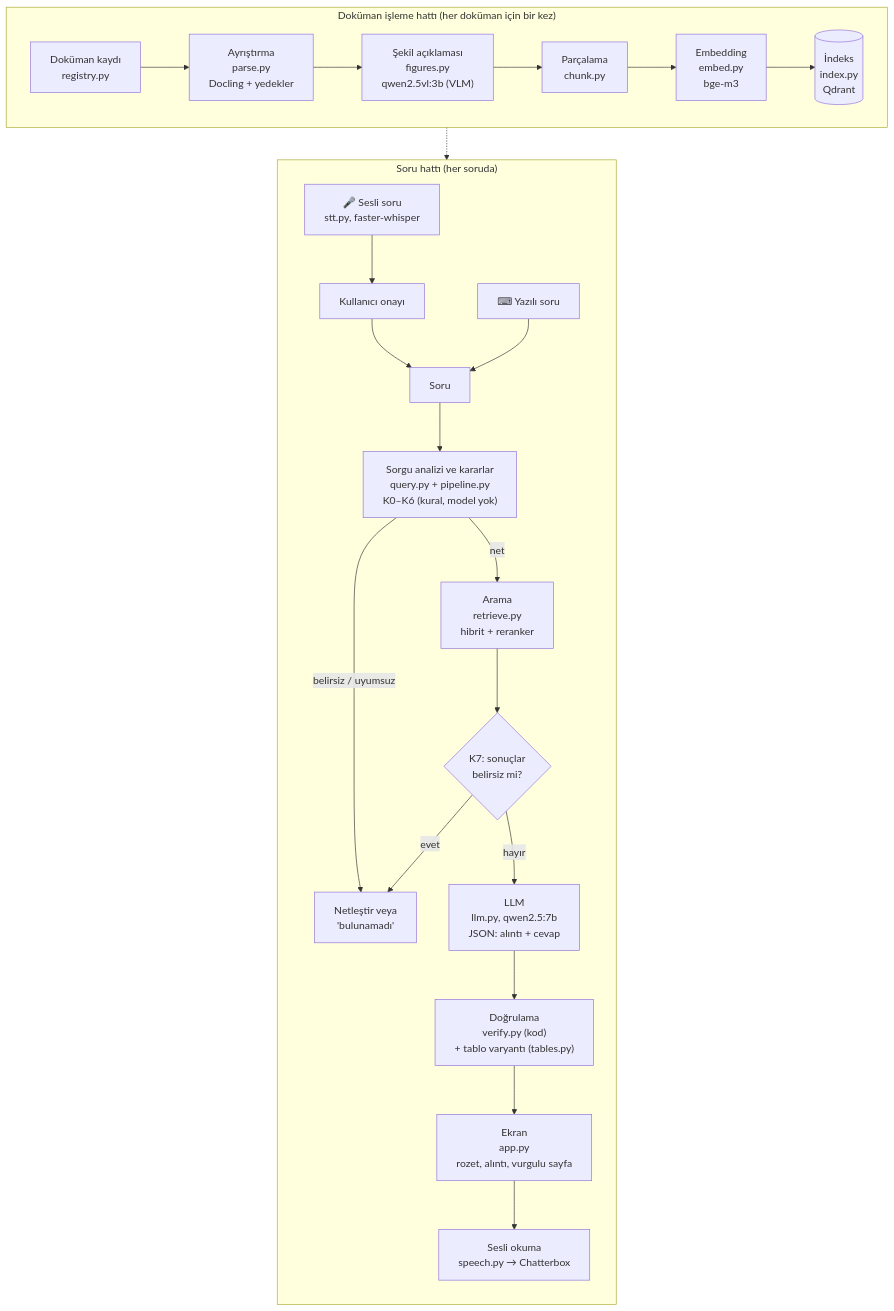
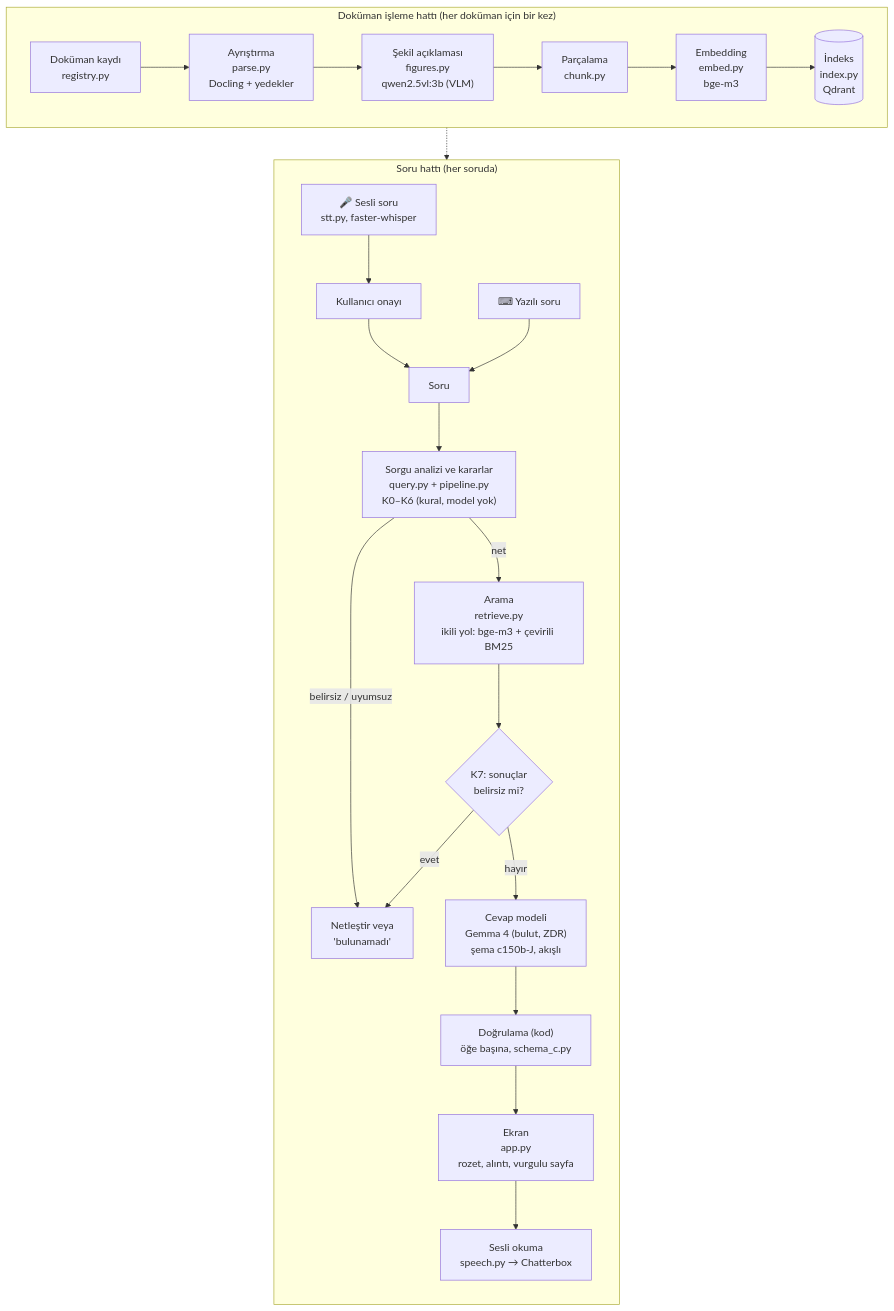
One commit to zelihaguven/visual_agent changed the first of 11 diagrams in docs/MIMARI.md. Above: the diagram before and after it, drawn with Mermaid. The commit also changed other lines of this file and 1 other file, not shown here.

First line of the commit message:
MIMARI.md ve PRD: Adım 2 kararları (cevap modeli, c150b-J, sağlayıcı ve yedek kapısı, silinen kurallar, kapılar)

````diff
--- a/docs/MIMARI.md
+++ b/docs/MIMARI.md
@@ -26,29 +26,29 @@
 ```mermaid
 flowchart TB
     subgraph ING["Doküman işleme hattı (her doküman için bir kez)"]
         direction LR
         R["Doküman kaydı<br/>registry.py"] --> P["Ayrıştırma<br/>parse.py<br/>Docling + yedekler"]
         P --> F["Şekil açıklaması<br/>figures.py<br/>qwen2.5vl:3b (VLM)"]
         F --> C["Parçalama<br/>chunk.py"]
         C --> E["Embedding<br/>embed.py<br/>bge-m3"]
         E --> I[("İndeks<br/>index.py<br/>Qdrant")]
     end
 
     subgraph QRY["Soru hattı (her soruda)"]
         direction TB
         V["🎤 Sesli soru<br/>stt.py, faster-whisper"] --> O["Kullanıcı onayı"]
         O --> Q["Soru"]
         T["⌨ Yazılı soru"] --> Q
         Q --> K["Sorgu analizi ve kararlar<br/>query.py + pipeline.py<br/>K0–K6 (kural, model yok)"]
         K -- "belirsiz / uyumsuz" --> N["Netleştir veya<br/>'bulunamadı'"]
-        K -- "net" --> S["Arama<br/>retrieve.py<br/>hibrit + reranker"]
+        K -- "net" --> S["Arama<br/>retrieve.py<br/>ikili yol: bge-m3 + çevirili BM25"]
         S --> K7{"K7: sonuçlar<br/>belirsiz mi?"}
         K7 -- "evet" --> N
-        K7 -- "hayır" --> L["LLM<br/>llm.py, qwen2.5:7b<br/>JSON: alıntı + cevap"]
-        L --> D["Doğrulama<br/>verify.py (kod)<br/>+ tablo varyantı (tables.py)"]
+        K7 -- "hayır" --> L["Cevap modeli<br/>Gemma 4 (bulut, ZDR)<br/>şema c150b-J, akışlı"]
+        L --> D["Doğrulama (kod)<br/>öğe başına, schema_c.py"]
         D --> U["Ekran<br/>app.py<br/>rozet, alıntı, vurgulu sayfa"]
         U --> SP["Sesli okuma<br/>speech.py → Chatterbox"]
     end
 
     I -.-> S
 ```
````
